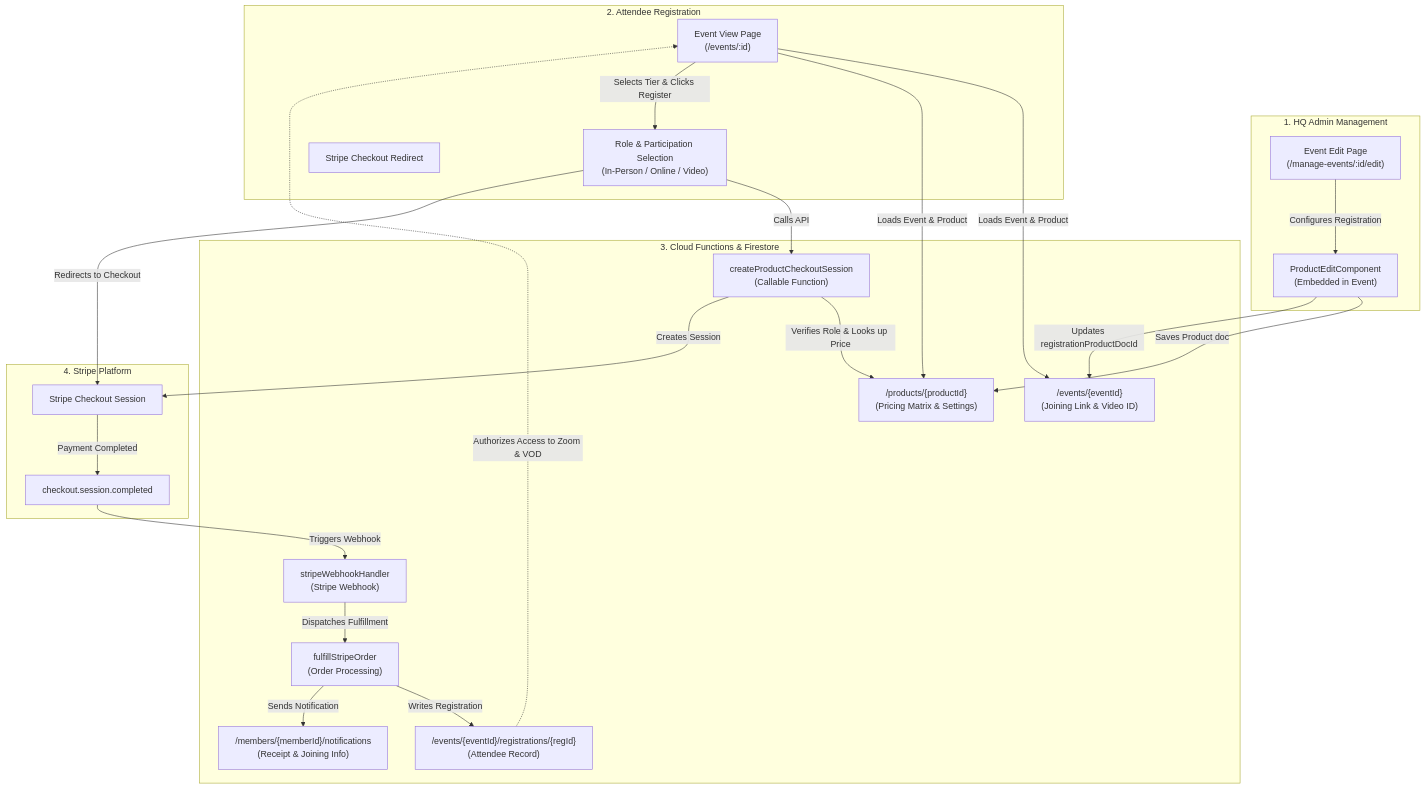
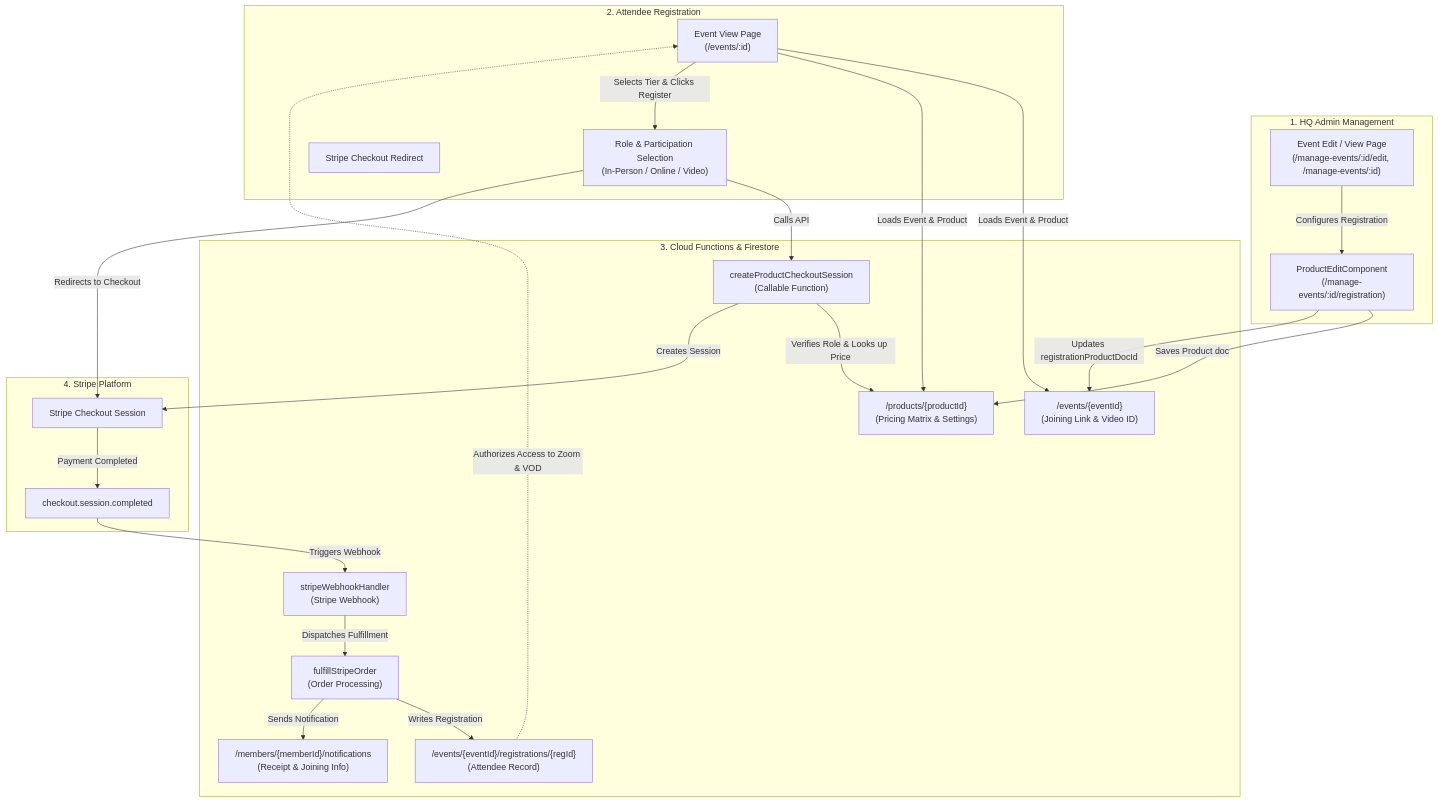
Before and after one commit to iislucas/ilc-members-manager: the diagram in docs/event-online-registrations.md, drawn with Mermaid. The commit also changed other lines of this file and 18 other files, not shown here.

Commit message:
feat(events): navigate registration setup directly to dedicated page

````diff
--- a/docs/event-online-registrations.md
+++ b/docs/event-online-registrations.md
@@ -34,52 +34,52 @@
 ```mermaid
 flowchart TD
     subgraph Admin_Actions["1. HQ Admin Management"]
-        AE["Event Edit Page\n(/manage-events/:id/edit)"]
-        PE["ProductEditComponent\n(Embedded in Event)"]
+        AE["Event Edit / View Page\n(/manage-events/:id/edit, /manage-events/:id)"]
+        PE["ProductEditComponent\n(/manage-events/:id/registration)"]
     end
 
     subgraph User_Actions["2. Attendee Registration"]
         EV["Event View Page\n(/events/:id)"]
         RO["Role & Participation Selection\n(In-Person / Online / Video)"]
         CO["Stripe Checkout Redirect"]
     end
 
     subgraph Backend_Cloud["3. Cloud Functions & Firestore"]
         F1["createProductCheckoutSession\n(Callable Function)"]
         F2["stripeWebhookHandler\n(Stripe Webhook)"]
         F3["fulfillStripeOrder\n(Order Processing)"]
         
         FS_P["/products/{productId}\n(Pricing Matrix & Settings)"]
         FS_E["/events/{eventId}\n(Joining Link & Video ID)"]
         FS_R["/events/{eventId}/registrations/{regId}\n(Attendee Record)"]
         FS_N["/members/{memberId}/notifications\n(Receipt & Joining Info)"]
     end
 
     subgraph Stripe_Services["4. Stripe Platform"]
         SC["Stripe Checkout Session"]
         SW["checkout.session.completed"]
     end
 
     %% Admin flow
     AE -->|Configures Registration| PE
     PE -->|Saves Product doc| FS_P
     PE -->|Updates registrationProductDocId| FS_E
 
     %% Registration Flow
     EV -->|Loads Event & Product| FS_E & FS_P
     EV -->|Selects Tier & Clicks Register| RO
     RO -->|Calls API| F1
     F1 -->|Verifies Role & Looks up Price| FS_P
     F1 -->|Creates Session| SC
     RO -->|Redirects to Checkout| SC
 
     %% Webhook & Fulfillment
     SC -->|Payment Completed| SW
     SW -->|Triggers Webhook| F2
     F2 -->|Dispatches Fulfillment| F3
     F3 -->|Writes Registration| FS_R
     F3 -->|Sends Notification| FS_N
 
     %% Access
     FS_R -.->|Authorizes Access to Zoom & VOD| EV
 ```
````
